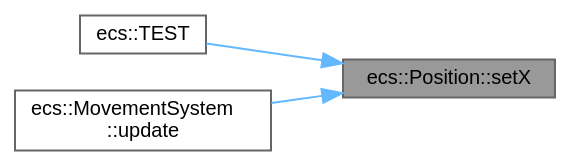
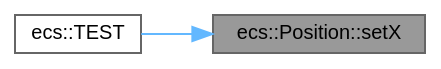
Before and after one commit to Houpsi/R-Type: the diagram in classecs_1_1Position_a76eff44a35472b9eda39737087d91d01_icgraph.dot, drawn with Graphviz. The commit also changed 283 other files, not shown here.

```diff
--- a/classecs_1_1Position_a76eff44a35472b9eda39737087d91d01_icgraph.dot
+++ b/classecs_1_1Position_a76eff44a35472b9eda39737087d91d01_icgraph.dot
@@ -1,13 +1,11 @@
 digraph "ecs::Position::setX"
 {
  // LATEX_PDF_SIZE
   bgcolor="transparent";
   edge [fontname=Helvetica,fontsize=10,labelfontname=Helvetica,labelfontsize=10];
   node [fontname=Helvetica,fontsize=10,shape=box,height=0.2,width=0.4];
   rankdir="RL";
   Node1 [id="Node000001",label="ecs::Position::setX",height=0.2,width=0.4,color="gray40", fillcolor="grey60", style="filled", fontcolor="black",tooltip=" "];
   Node1 -> Node2 [id="edge1_Node000001_Node000002",dir="back",color="steelblue1",style="solid",tooltip=" "];
   Node2 [id="Node000002",label="ecs::TEST",height=0.2,width=0.4,color="grey40", fillcolor="white", style="filled",URL="$namespaceecs.html#a631cd7ddaed82be770d98ad03a1a5bca",tooltip=" "];
-  Node1 -> Node3 [id="edge2_Node000001_Node000003",dir="back",color="steelblue1",style="solid",tooltip=" "];
-  Node3 [id="Node000003",label="ecs::MovementSystem\l::update",height=0.2,width=0.4,color="grey40", fillcolor="white", style="filled",URL="$classecs_1_1MovementSystem.html#a785fd53392e22cc1292735dd5e4ff630",tooltip=" "];
 }
```
